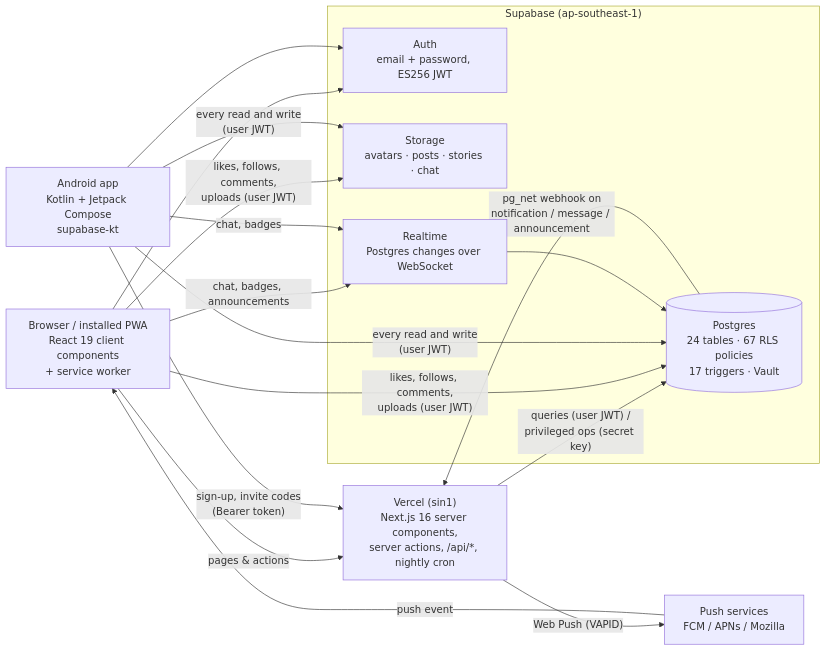
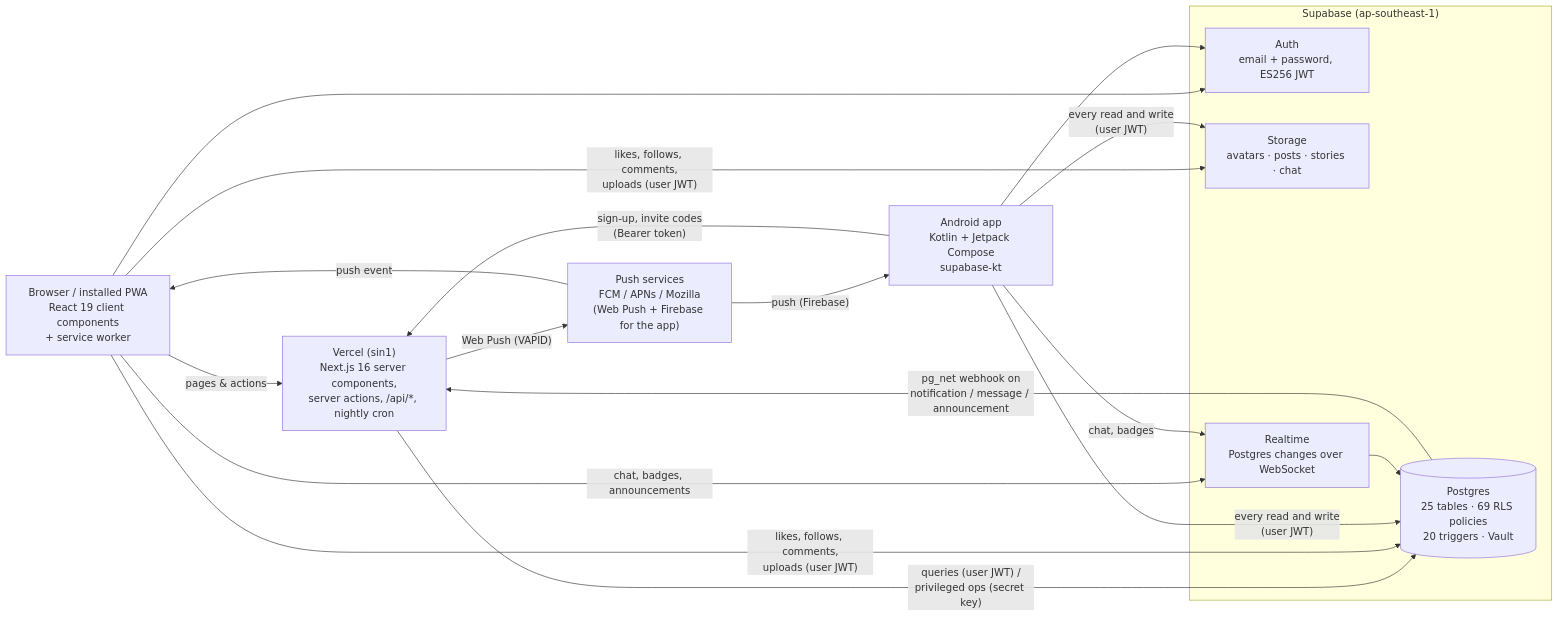
The diagram in README.md (brownfishsalman/Dheu-), drawn with Mermaid before and after one commit. The commit also changed other lines of this file and 42 other files, not shown here.

````diff
--- a/README.md
+++ b/README.md
@@ -75,26 +76,27 @@
 ```mermaid
 flowchart LR
   B["Browser / installed PWA<br/>React 19 client components<br/>+ service worker"]
   A["Android app<br/>Kotlin + Jetpack Compose<br/>supabase-kt"]
   V["Vercel (sin1)<br/>Next.js 16 server components,<br/>server actions, /api/*, nightly cron"]
   subgraph S["Supabase (ap-southeast-1)"]
-    DB[("Postgres<br/>24 tables · 67 RLS policies<br/>17 triggers · Vault")]
+    DB[("Postgres<br/>25 tables · 69 RLS policies<br/>20 triggers · Vault")]
     AUTH["Auth<br/>email + password, ES256 JWT"]
     ST["Storage<br/>avatars · posts · stories · chat"]
     RT["Realtime<br/>Postgres changes over WebSocket"]
   end
-  P["Push services<br/>FCM / APNs / Mozilla"]
+  P["Push services<br/>FCM / APNs / Mozilla<br/>(Web Push + Firebase for the app)"]
   B -- "pages & actions" --> V
   A -- "sign-up, invite codes<br/>(Bearer token)" --> V
   V -- "queries (user JWT) /<br/>privileged ops (secret key)" --> DB
   B -- "likes, follows, comments,<br/>uploads (user JWT)" --> DB & ST
   A -- "every read and write<br/>(user JWT)" --> DB & ST
   B -- "chat, badges, announcements" --> RT
   A -- "chat, badges" --> RT
   RT --> DB
   DB -- "pg_net webhook on<br/>notification / message / announcement" --> V
   V -- "Web Push (VAPID)" --> P
   P -- "push event" --> B
+  P -- "push (Firebase)" --> A
   B --> AUTH
   A --> AUTH
 ```
````
